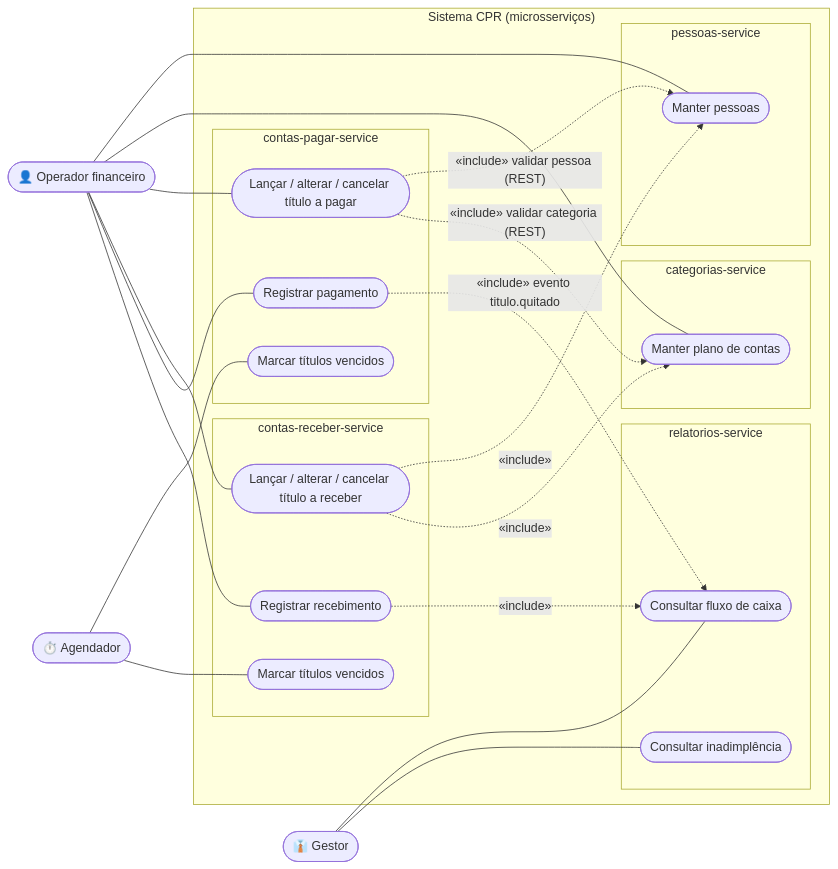
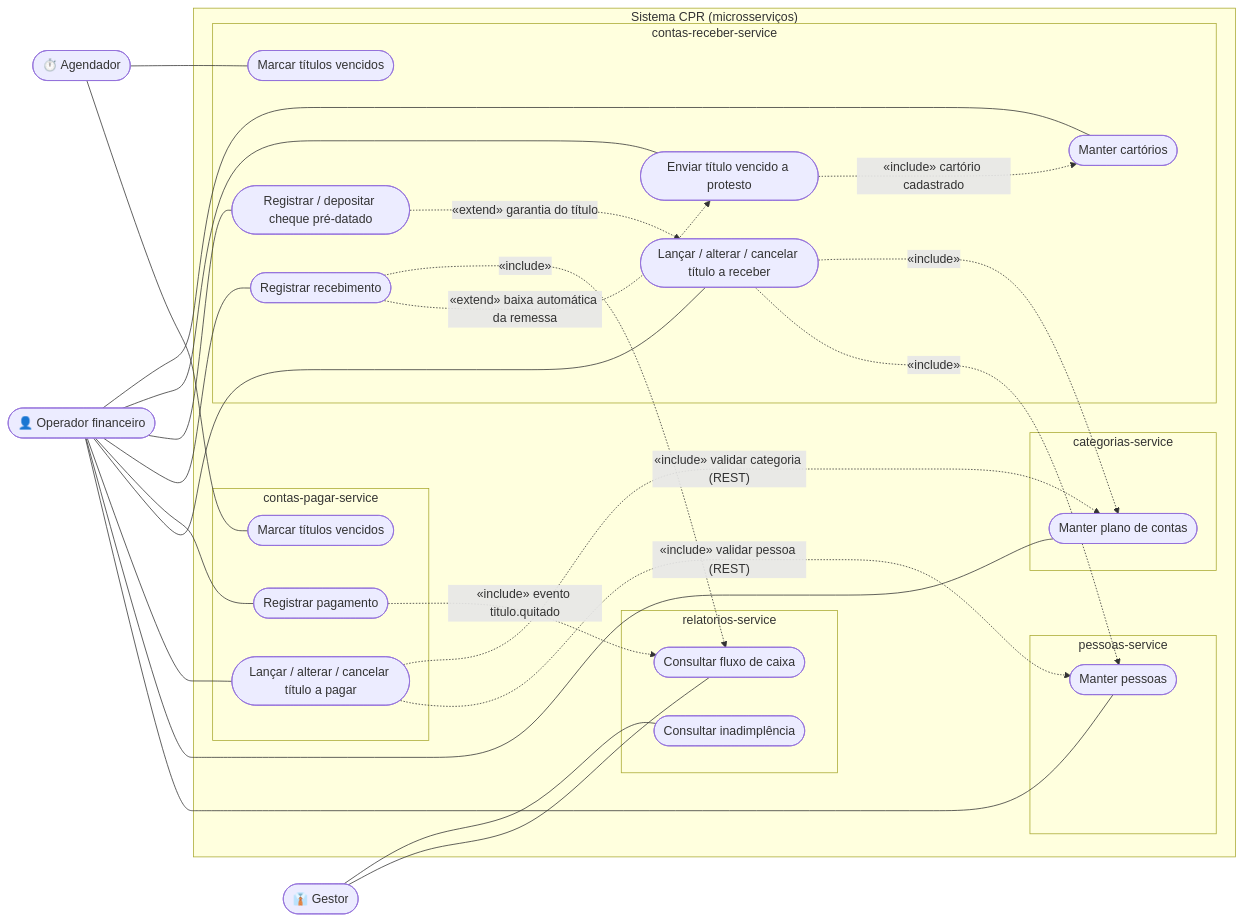
The fifth of 12 diagrams in docs/diagramas-microsservicos.md (RATOKILLER/contas-a-pagar-microsservicos), drawn with Mermaid before and after one commit. The commit also changed other lines of this file and 28 other files, not shown here.

````diff
--- a/docs/diagramas-microsservicos.md
+++ b/docs/diagramas-microsservicos.md
@@ -193,37 +238,43 @@
 ```mermaid
 flowchart LR
     F(["👤 Operador financeiro"])
     G(["👔 Gestor"])
     T(["⏱️ Agendador"])
     subgraph Sistema["Sistema CPR (microsserviços)"]
         subgraph pessoas["pessoas-service"]
             UC1(["Manter pessoas"])
         end
         subgraph categorias["categorias-service"]
             UC2(["Manter plano de contas"])
         end
         subgraph pagar["contas-pagar-service"]
             UC3(["Lançar / alterar / cancelar título a pagar"])
             UC5(["Registrar pagamento"])
             UC9a(["Marcar títulos vencidos"])
         end
         subgraph receber["contas-receber-service"]
             UC4(["Lançar / alterar / cancelar título a receber"])
             UC6(["Registrar recebimento"])
             UC9b(["Marcar títulos vencidos"])
+            UC10(["Registrar / depositar cheque pré-datado"])
+            UC11(["Enviar título vencido a protesto"])
+            UC12(["Manter cartórios"])
         end
         subgraph relatorios["relatorios-service"]
             UC7(["Consultar fluxo de caixa"])
             UC8(["Consultar inadimplência"])
         end
     end
-    F --- UC1 & UC2 & UC3 & UC4 & UC5 & UC6
+    F --- UC1 & UC2 & UC3 & UC4 & UC5 & UC6 & UC10 & UC11 & UC12
+    UC10 -. "«extend» garantia do título" .-> UC4
+    UC11 -. "«include» cartório cadastrado" .-> UC12
+    UC6 -. "«extend» baixa automática da remessa" .-> UC11
     G --- UC7 & UC8
     T --- UC9a & UC9b
     UC3 -. "«include» validar pessoa (REST)" .-> UC1
     UC3 -. "«include» validar categoria (REST)" .-> UC2
     UC4 -. "«include»" .-> UC1
     UC4 -. "«include»" .-> UC2
     UC5 -. "«include» evento titulo.quitado" .-> UC7
     UC6 -. "«include»" .-> UC7
 ```
````
